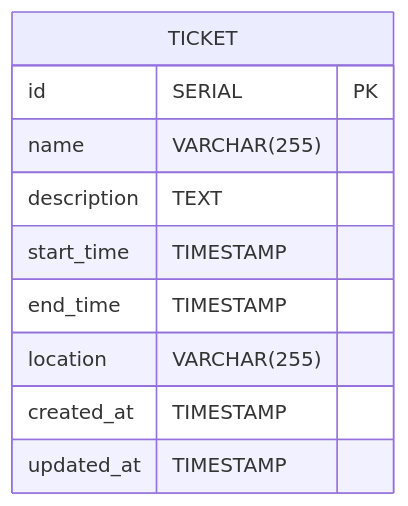
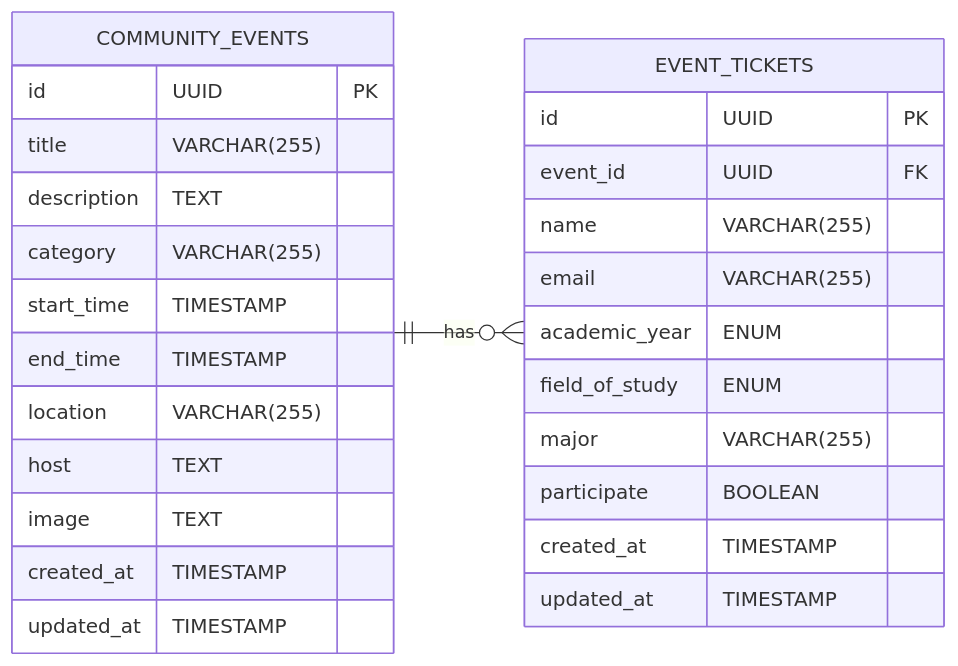
The diagram in docs/entity-relationship.md (TuritoYuenan/tradao-emp), drawn with Mermaid before and after one commit. The commit also changed 1 other file, not shown here.

Commit message:
docs: update ER diagram and add weekly logs

````diff
--- a/docs/entity-relationship.md
+++ b/docs/entity-relationship.md
@@ -1,15 +1,34 @@
 ```mermaid
 erDiagram
+direction LR
 
-TICKET {
-    id SERIAL PK
-    name VARCHAR(255)
-    description TEXT
-    start_time TIMESTAMP
-    end_time TIMESTAMP
-    location VARCHAR(255)
-    created_at TIMESTAMP
-    updated_at TIMESTAMP
+COMMUNITY_EVENTS {
+	id UUID PK
+	title VARCHAR(255)
+	description TEXT
+	category VARCHAR(255)
+	start_time TIMESTAMP
+	end_time TIMESTAMP
+	location VARCHAR(255)
+	host TEXT
+	image TEXT
+	created_at TIMESTAMP
+	updated_at TIMESTAMP
 }
 
+EVENT_TICKETS {
+	id UUID PK
+	event_id UUID FK
+	name VARCHAR(255)
+	email VARCHAR(255)
+	academic_year ENUM
+	field_of_study ENUM
+	major VARCHAR(255)
+	participate BOOLEAN
+	created_at TIMESTAMP
+	updated_at TIMESTAMP
+}
+
+COMMUNITY_EVENTS ||--o{ EVENT_TICKETS : "has"
+
 ```
````
